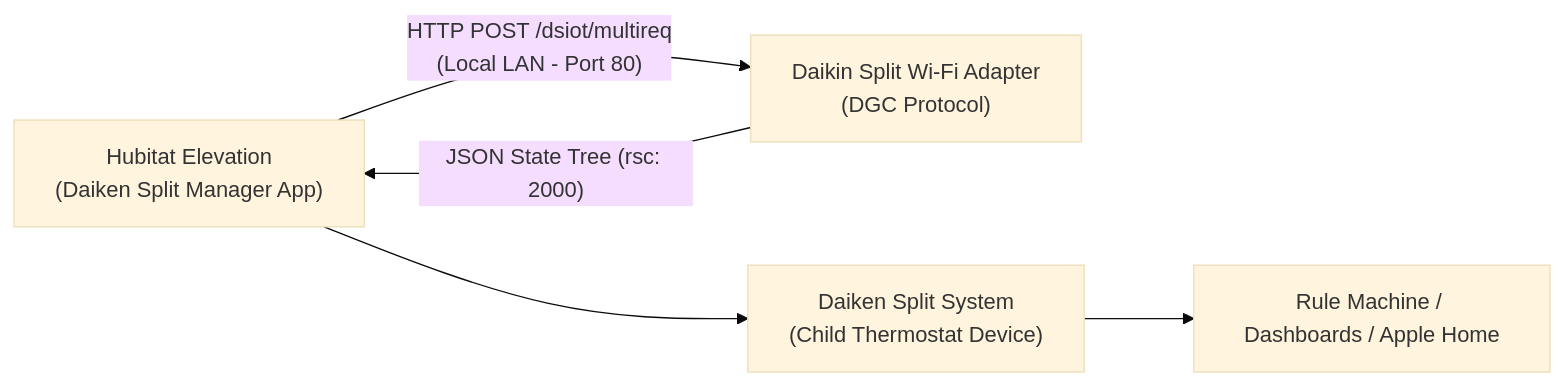
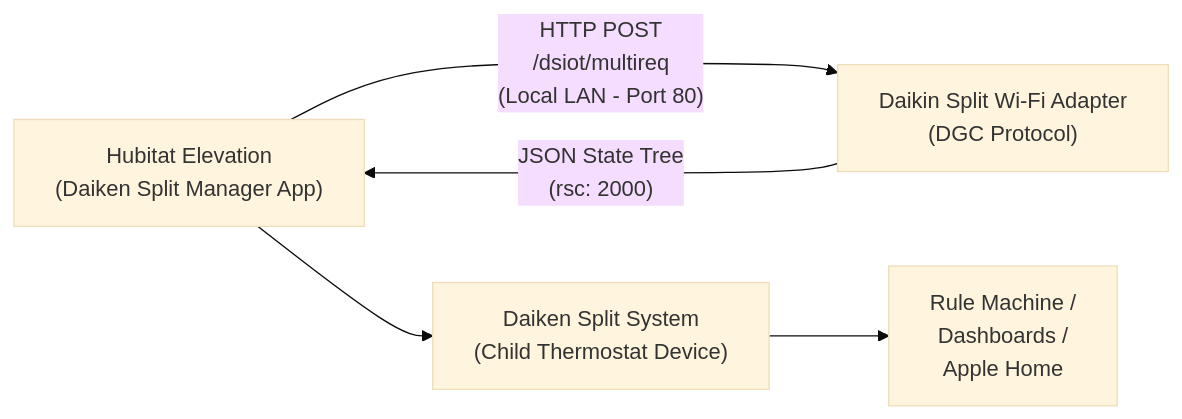
Before and after one commit to KurtSanders/Hubitat-Daiken-Split-Manager: the first of 2 diagrams in README.md, drawn with Mermaid (base theme).

````diff
--- a/README.md
+++ b/README.md
@@ -13,8 +13,7 @@
 ```mermaid
-%%{init: {'flowchart': {'nodeSpacing': 90, 'rankSpacing': 80}}}%%
 flowchart LR
-    HE["Hubitat Elevation<br/>(Daiken Split Manager App)"] -- "HTTP POST /dsiot/multireq<br/>(Local LAN - Port 80)" --> DK["Daikin Split Wi-Fi Adapter<br/>(DGC Protocol)"]
-    DK -- "JSON State Tree (rsc: 2000)" --> HE
+    HE["Hubitat Elevation<br/>(Daiken Split Manager App)"] --->|"HTTP POST<br/>/dsiot/multireq<br/>(Local LAN - Port 80)"| DK["Daikin Split Wi-Fi Adapter<br/>(DGC Protocol)"]
+    DK --->|"JSON State Tree<br/>(rsc: 2000)"| HE
     HE --> CD["Daiken Split System<br/>(Child Thermostat Device)"]
-    CD --> RM["Rule Machine / Dashboards / Apple Home"]
+    CD --> RM["Rule Machine /<br/>Dashboards /<br/>Apple Home"]
 ```
````
